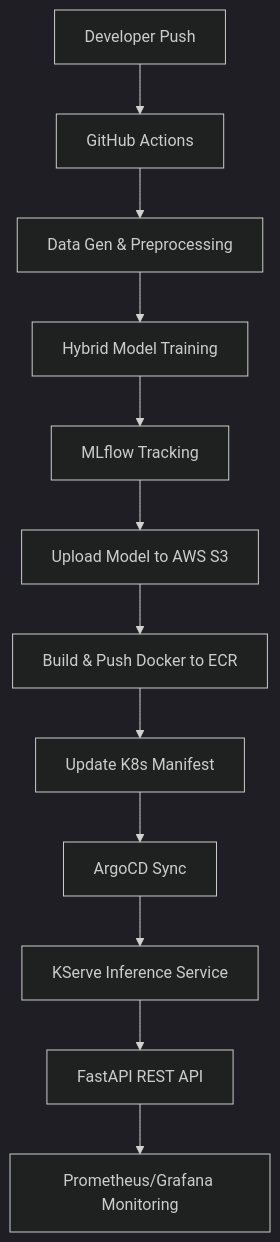
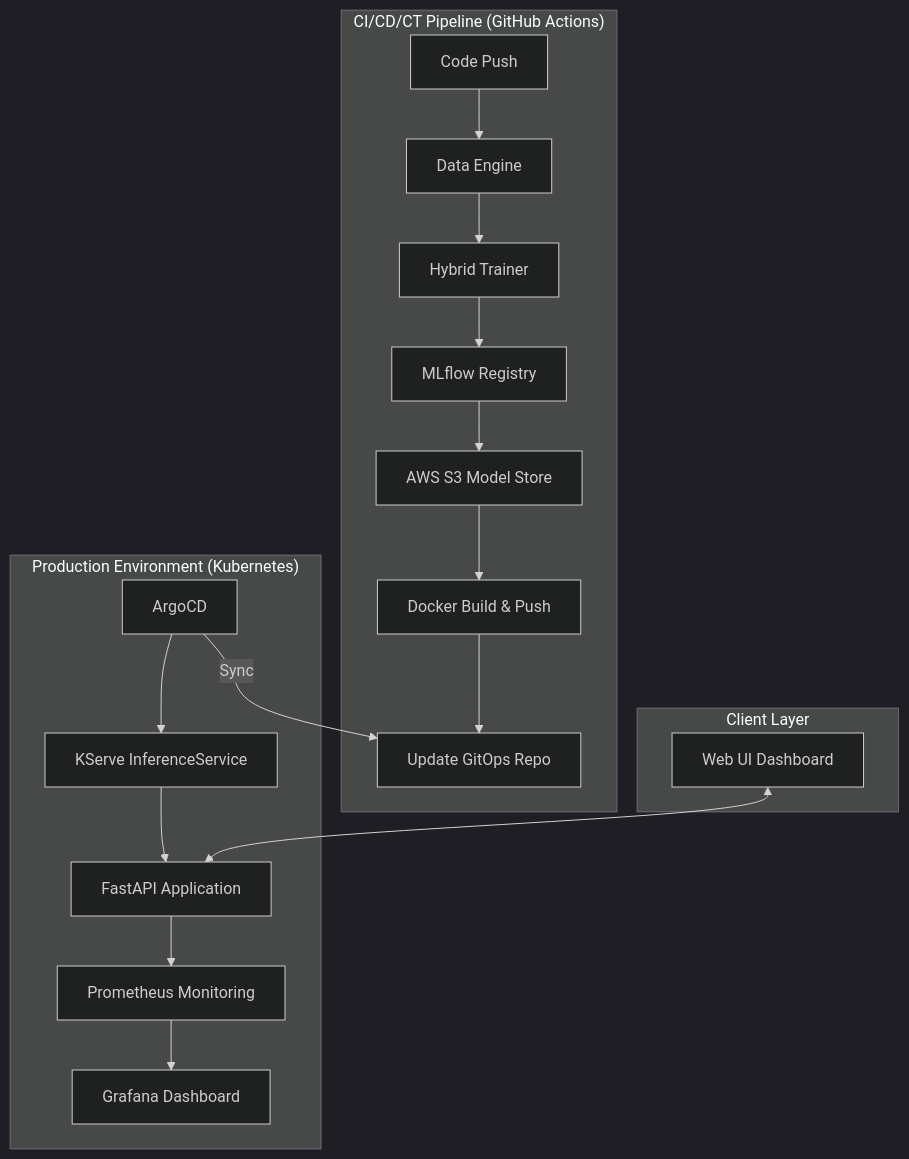
One commit to bittush8789/E-Commerce-Recommendation-Engine changed the diagram in README.md. Above: the diagram before and after it, drawn with Mermaid (dark theme). The commit also changed other lines of this file, not shown here.

````diff
--- a/README.md
+++ b/README.md
@@ -17,14 +18,23 @@
 ```mermaid
 graph TD
-    A[Developer Push] --> B[GitHub Actions]
-    B --> C[Data Gen & Preprocessing]
-    C --> D[Hybrid Model Training]
-    D --> E[MLflow Tracking]
-    E --> F[Upload Model to AWS S3]
-    F --> G[Build & Push Docker to ECR]
-    G --> H[Update K8s Manifest]
-    H --> I[ArgoCD Sync]
-    I --> J[KServe Inference Service]
-    J --> K[FastAPI REST API]
-    K --> L[Prometheus/Grafana Monitoring]
+    subgraph "CI/CD/CT Pipeline (GitHub Actions)"
+        A[Code Push] --> B[Data Engine]
+        B --> C[Hybrid Trainer]
+        C --> D[MLflow Registry]
+        D --> E[AWS S3 Model Store]
+        E --> F[Docker Build & Push]
+        F --> G[Update GitOps Repo]
+    end
+
+    subgraph "Production Environment (Kubernetes)"
+        H[ArgoCD] -- "Sync" --> G
+        H --> I[KServe InferenceService]
+        I --> J[FastAPI Application]
+        J --> K[Prometheus Monitoring]
+        K --> L[Grafana Dashboard]
+    end
+
+    subgraph "Client Layer"
+        M[Web UI Dashboard] <--> J
+    end
 ```
````
